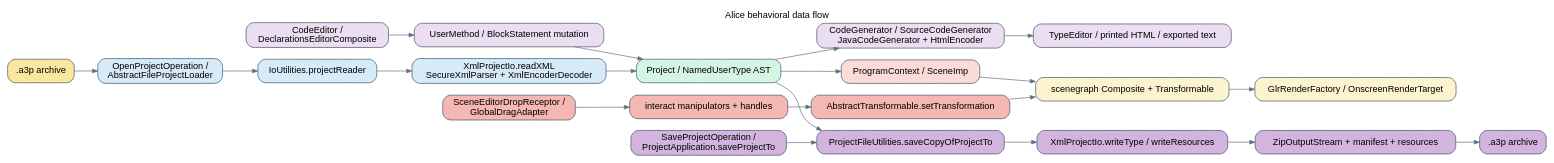
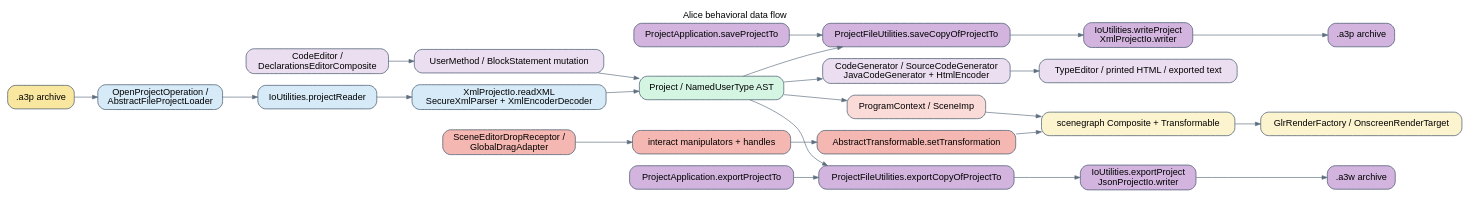
Before and after one commit to asw101/RabbitHole: the diagram in docs/atlas/data-flow/data-flow.dot, drawn with Graphviz. The commit also changed 11 other files, not shown here.

First line of the commit message:
fix: correct atlas documentation for data-flow, compile-deps, api-contracts, and user-journeys

```diff
--- a/docs/atlas/data-flow/data-flow.dot
+++ b/docs/atlas/data-flow/data-flow.dot
@@ -1,53 +1,60 @@
 digraph data_flow {
   rankdir=LR;
   graph [fontname="Helvetica", labelloc=t, label="Alice behavioral data flow"];
   node [shape=box, style="rounded,filled", fillcolor="#F8F9FA", color="#34495E", fontname="Helvetica"];
   edge [color="#5D6D7E", arrowsize=0.8];
 
   loadA3p [label=".a3p archive", fillcolor="#F9E79F"];
   loadReq [label="OpenProjectOperation /\nAbstractFileProjectLoader", fillcolor="#D6EAF8"];
   readIo [label="IoUtilities.projectReader", fillcolor="#D6EAF8"];
   readXml [label="XmlProjectIo.readXML\nSecureXmlParser + XmlEncoderDecoder", fillcolor="#D6EAF8"];
   ast [label="Project / NamedUserType AST", fillcolor="#D5F5E3"];
   sceneboot [label="ProgramContext / SceneImp", fillcolor="#FADBD8"];
   scenegraph [label="scenegraph Composite + Transformable", fillcolor="#FCF3CF"];
   render [label="GlrRenderFactory / OnscreenRenderTarget", fillcolor="#FCF3CF"];
 
   editUi [label="CodeEditor /\nDeclarationsEditorComposite", fillcolor="#EBDEF0"];
   astMut [label="UserMethod / BlockStatement mutation", fillcolor="#EBDEF0"];
   generated [label="CodeGenerator / SourceCodeGenerator\nJavaCodeGenerator + HtmlEncoder", fillcolor="#EBDEF0"];
   display [label="TypeEditor / printed HTML / exported text", fillcolor="#EBDEF0"];
 
   dragUi [label="SceneEditorDropReceptor /\nGlobalDragAdapter", fillcolor="#F5B7B1"];
   interact [label="interact manipulators + handles", fillcolor="#F5B7B1"];
   transform [label="AbstractTransformable.setTransformation", fillcolor="#F5B7B1"];
 
-  saveReq [label="SaveProjectOperation /\nProjectApplication.saveProjectTo", fillcolor="#D2B4DE"];
-  snapshot [label="ProjectFileUtilities.saveCopyOfProjectTo", fillcolor="#D2B4DE"];
-  writeXml [label="XmlProjectIo.writeType / writeResources", fillcolor="#D2B4DE"];
-  zip [label="ZipOutputStream + manifest + resources", fillcolor="#D2B4DE"];
+  saveReq [label="ProjectApplication.saveProjectTo", fillcolor="#D2B4DE"];
+  saveCopy [label="ProjectFileUtilities.saveCopyOfProjectTo", fillcolor="#D2B4DE"];
+  saveIo [label="IoUtilities.writeProject\nXmlProjectIo.writer", fillcolor="#D2B4DE"];
   outA3p [label=".a3p archive", fillcolor="#D2B4DE"];
+  exportReq [label="ProjectApplication.exportProjectTo", fillcolor="#D2B4DE"];
+  exportCopy [label="ProjectFileUtilities.exportCopyOfProjectTo", fillcolor="#D2B4DE"];
+  exportIo [label="IoUtilities.exportProject\nJsonProjectIo.writer", fillcolor="#D2B4DE"];
+  outA3w [label=".a3w archive", fillcolor="#D2B4DE"];
 
   loadA3p -> loadReq;
   loadReq -> readIo;
   readIo -> readXml;
   readXml -> ast;
   ast -> sceneboot;
   sceneboot -> scenegraph;
   scenegraph -> render;
 
   editUi -> astMut;
   astMut -> ast;
   ast -> generated;
   generated -> display;
 
   dragUi -> interact;
   interact -> transform;
   transform -> scenegraph;
 
-  saveReq -> snapshot;
-  ast -> snapshot;
-  snapshot -> writeXml;
-  writeXml -> zip;
-  zip -> outA3p;
+  saveReq -> saveCopy;
+  ast -> saveCopy;
+  saveCopy -> saveIo;
+  saveIo -> outA3p;
+
+  exportReq -> exportCopy;
+  ast -> exportCopy;
+  exportCopy -> exportIo;
+  exportIo -> outA3w;
 }
```
